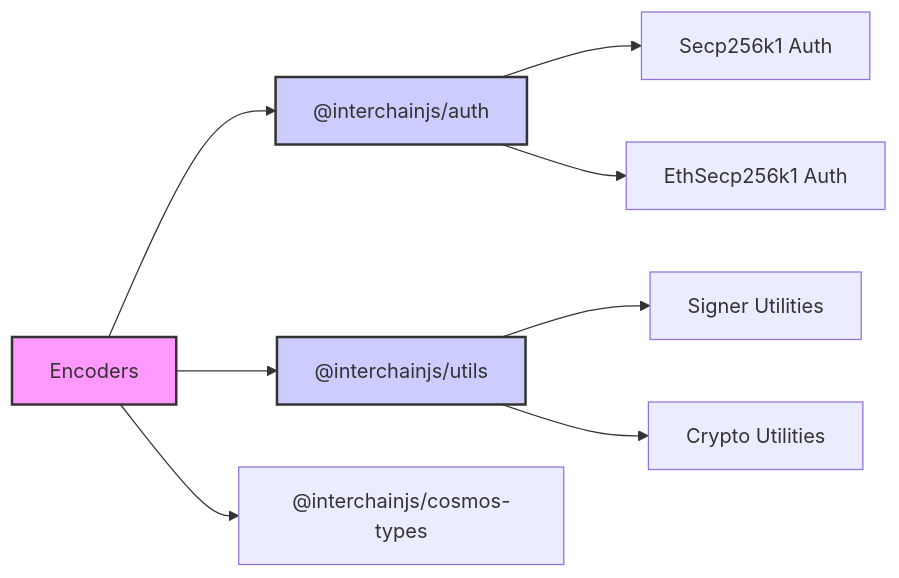
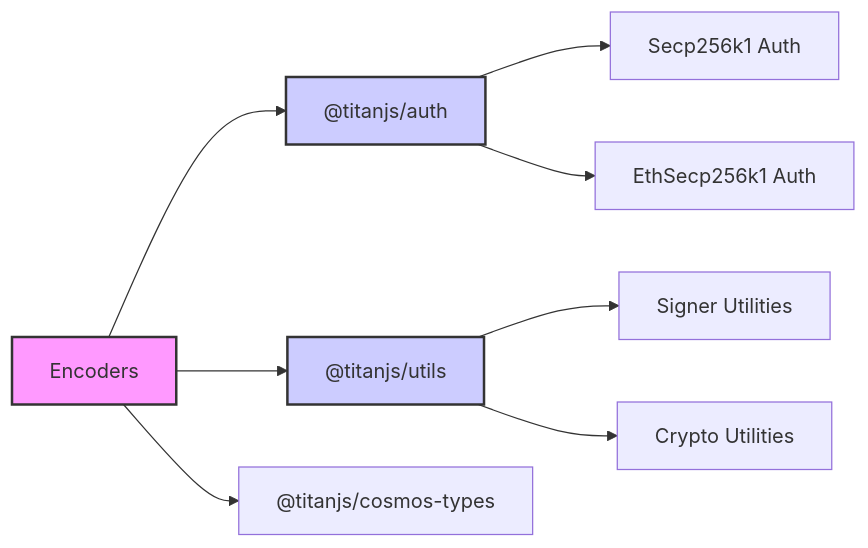
The second of 2 diagrams in readme.md (cyberk-lab/TitanJS), drawn with Mermaid before and after one commit. The commit also changed other lines of this file, not shown here.

````diff
--- a/readme.md
+++ b/readme.md
@@ -60,16 +46,16 @@
 ```mermaid
 graph LR
-    encoders[Encoders] --> auth["@interchainjs/auth"]
-    encoders --> utils["@interchainjs/utils"]
-    encoders --> cosmos_types["@interchainjs/cosmos-types"]
+    encoders[Encoders] --> auth["@titanjs/auth"]
+    encoders --> utils["@titanjs/utils"]
+    encoders --> cosmos_types["@titanjs/cosmos-types"]
 
     auth --> secp256k1_auth["Secp256k1 Auth"]
     auth --> ethSecp256k1_auth["EthSecp256k1 Auth"]
 
     utils --> signer_utils["Signer Utilities"]
     utils --> crypto_utils["Crypto Utilities"]
 
     style encoders fill:#f9f,stroke:#333,stroke-width:2px
     style auth fill:#ccf,stroke:#333,stroke-width:2px
     style utils fill:#ccf,stroke:#333,stroke-width:2px
 ```
````
